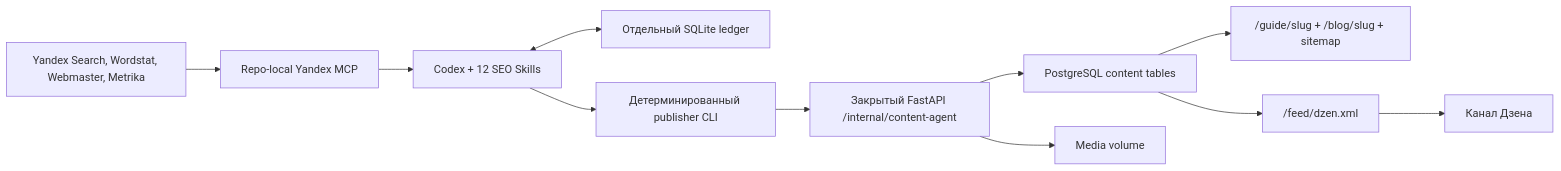
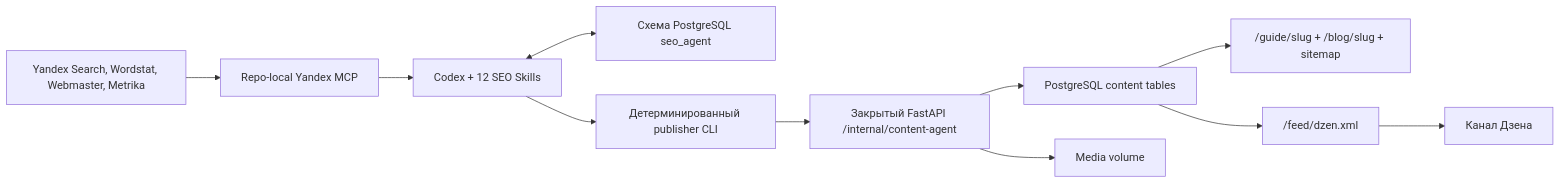
Before and after one commit to pyro17ai/vedicway: the diagram in docs/SEO_AGENT_PRODUCTION_RU.md, drawn with Mermaid. The commit also changed other lines of this file and 170 other files, not shown here.

````diff
--- a/docs/SEO_AGENT_PRODUCTION_RU.md
+++ b/docs/SEO_AGENT_PRODUCTION_RU.md
@@ -34,13 +34,13 @@
 ```mermaid
 flowchart LR
     Y["Yandex Search, Wordstat, Webmaster, Metrika"] --> S["Repo-local Yandex MCP"]
     S --> C["Codex + 12 SEO Skills"]
-    C <--> L["Отдельный SQLite ledger"]
+    C <--> L["Схема PostgreSQL seo_agent"]
     C --> P["Детерминированный publisher CLI"]
     P --> A["Закрытый FastAPI /internal/content-agent"]
     A --> DB["PostgreSQL content tables"]
     A --> M["Media volume"]
     DB --> H["/guide/slug + /blog/slug + sitemap"]
     DB --> R["/feed/dzen.xml"]
     R --> D["Канал Дзена"]
 ```
````
